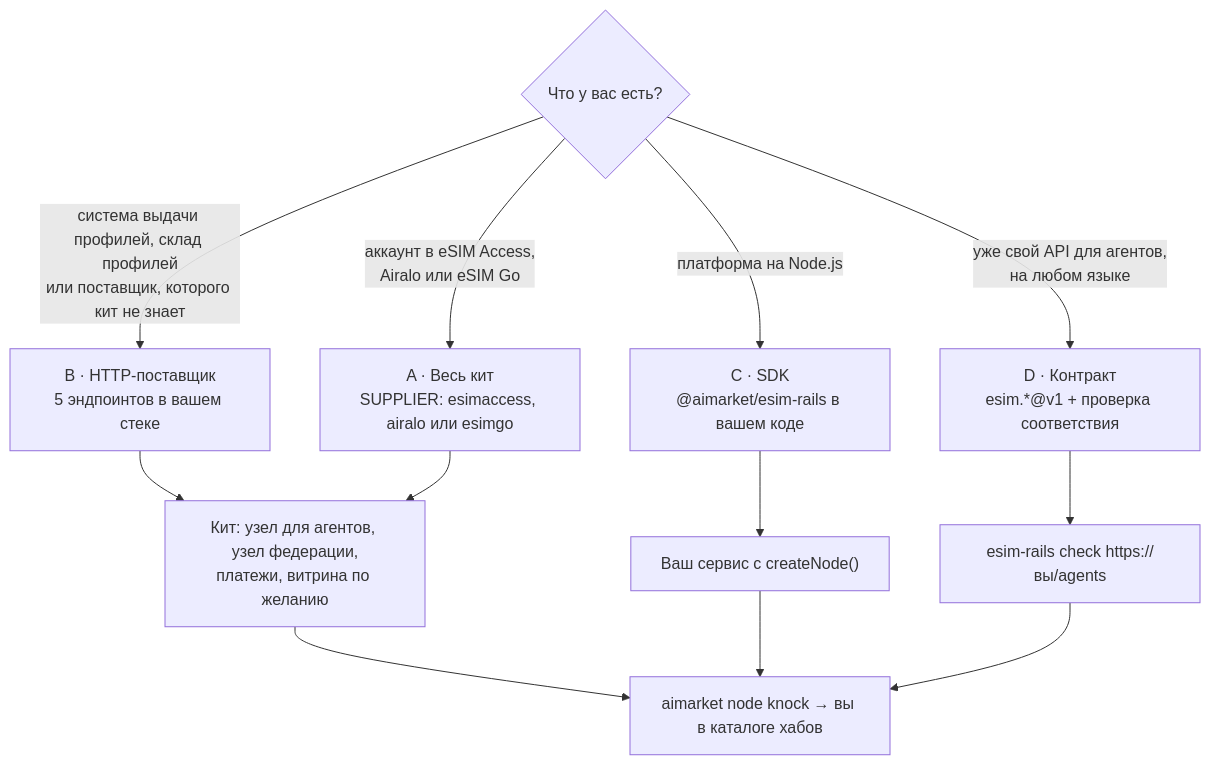
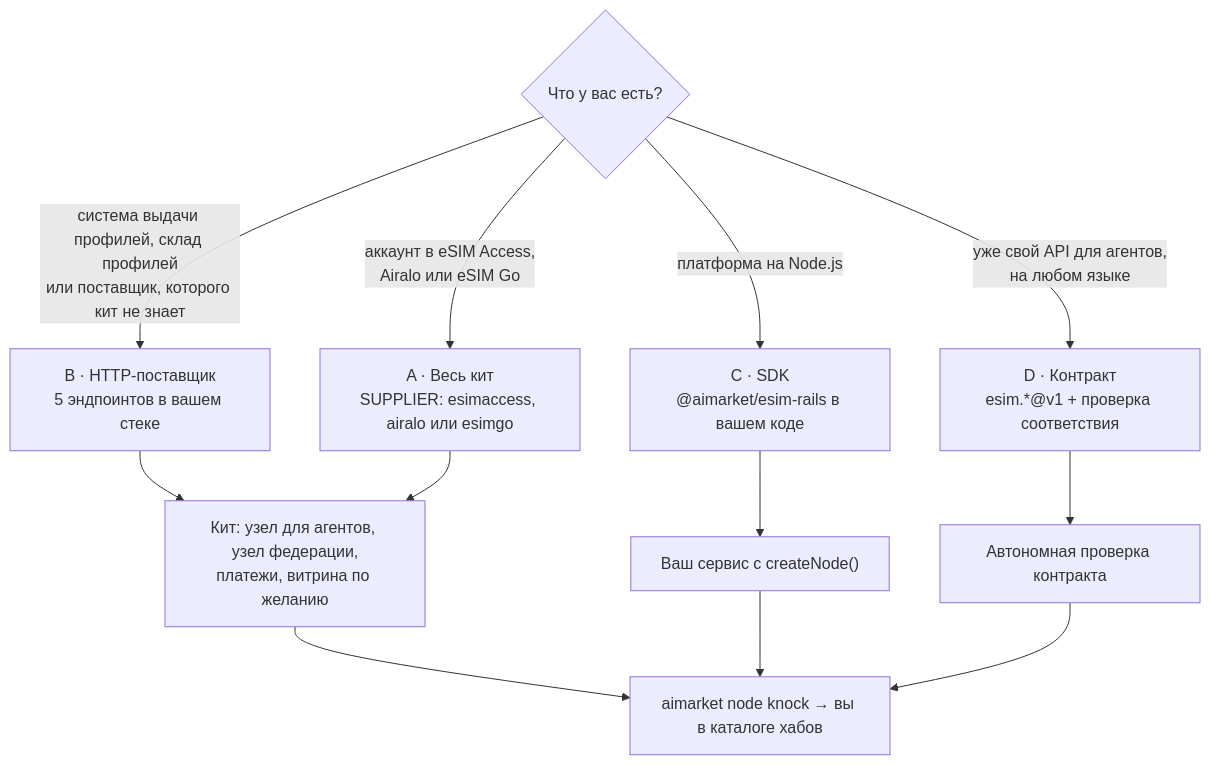
One commit to alexar76/esim-operator-kit changed the third of 3 diagrams in README.ru.md. Above: the diagram before and after it, drawn with Mermaid. The commit also changed other lines of this file and 13 other files, not shown here.

````diff
--- a/README.ru.md
+++ b/README.ru.md
@@ -145,15 +145,15 @@
 ```mermaid
 flowchart TB
   Q{"Что у вас есть?"}
   Q -->|"аккаунт в eSIM Access,<br/>Airalo или eSIM Go"| A2["A · Весь кит<br/>SUPPLIER: esimaccess, airalo или esimgo"]
   Q -->|"система выдачи профилей, склад профилей<br/>или поставщик, которого кит не знает"| B["B · HTTP-поставщик<br/>5 эндпоинтов в вашем стеке"]
   Q -->|"платформа на Node.js"| C["C · SDK<br/>@aimarket/esim-rails в вашем коде"]
   Q -->|"уже свой API для агентов,<br/>на любом языке"| D["D · Контракт<br/>esim.*@v1 + проверка соответствия"]
   B --> R["Кит: узел для агентов, узел федерации,<br/>платежи, витрина по желанию"]
   C --> R2["Ваш сервис с createNode()"]
-  D --> R3["esim-rails check https://вы/agents"]
+  D --> R3["Автономная проверка контракта"]
   A2 --> R
   R --> F["aimarket node knock → вы в каталоге хабов"]
   R2 --> F
   R3 --> F
 ```
````
